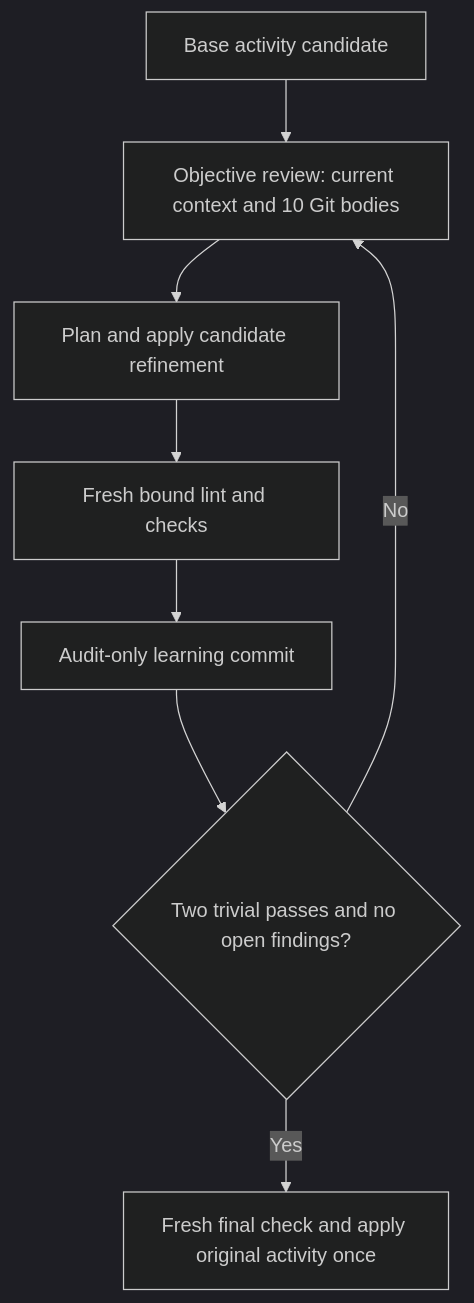
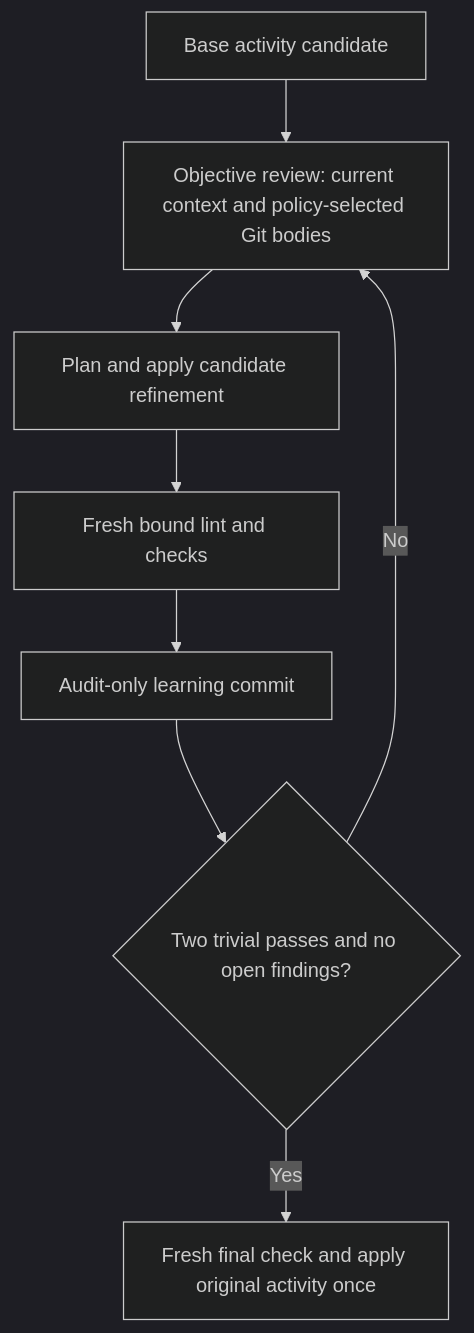
Before and after one commit to whichguy/skill-craft: the diagram in plugins/shiploop/skills/shiploop/references/objective-loops.md, drawn with Mermaid (dark theme). The commit also changed other lines of this file and 7 other files, not shown here.

````diff
--- a/plugins/shiploop/skills/shiploop/references/objective-loops.md
+++ b/plugins/shiploop/skills/shiploop/references/objective-loops.md
@@ -8,10 +10,10 @@
 ```mermaid
 flowchart TD
-  B[Base activity candidate] --> R[Objective review: current context and 10 Git bodies]
+  B[Base activity candidate] --> R[Objective review: current context and policy-selected Git bodies]
   R --> P[Plan and apply candidate refinement]
   P --> V[Fresh bound lint and checks]
   V --> C[Audit-only learning commit]
   C --> G{Two trivial passes and no open findings?}
   G -->|No| R
   G -->|Yes| F[Fresh final check and apply original activity once]
 ```
````
